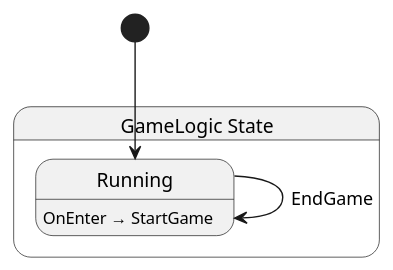
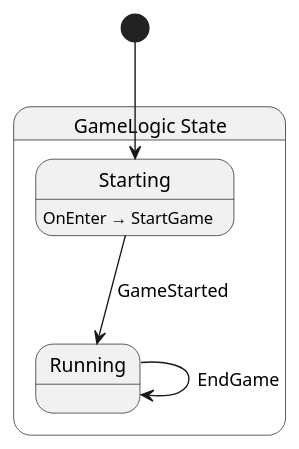
One commit to Dokkae6949/perfect_pong changed the diagram in src/game/logic/GameLogic.g.puml. Above: the diagram before and after it, drawn with PlantUML. The commit also changed 11 other files, not shown here.

```diff
--- a/src/game/logic/GameLogic.g.puml
+++ b/src/game/logic/GameLogic.g.puml
@@ -1,11 +1,13 @@
 @startuml GameLogic
 state "GameLogic State" as test_game_logic_GameLogic_State {
   state "Running" as test_game_logic_GameLogic_State_Running
+  state "Starting" as test_game_logic_GameLogic_State_Starting
 }
 
 test_game_logic_GameLogic_State_Running --> test_game_logic_GameLogic_State_Running : EndGame
+test_game_logic_GameLogic_State_Starting --> test_game_logic_GameLogic_State_Running : GameStarted
 
-test_game_logic_GameLogic_State_Running : OnEnter → StartGame
+test_game_logic_GameLogic_State_Starting : OnEnter → StartGame
 
-[*] --> test_game_logic_GameLogic_State_Running
+[*] --> test_game_logic_GameLogic_State_Starting
 @enduml
```
